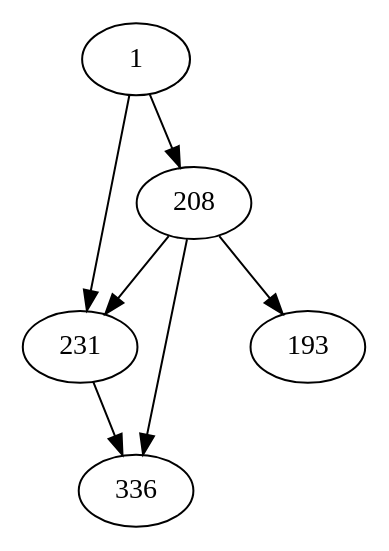
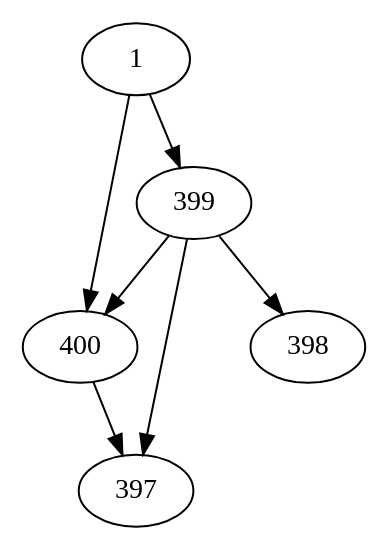
One commit to lifelike/gamebookformat changed the diagram in expected/references.dot. Above: the diagram before and after it, drawn with Graphviz. The commit also changed 26 other files, not shown here.

```diff
--- a/expected/references.dot
+++ b/expected/references.dot
@@ -1,12 +1,12 @@
 digraph gamebook {
 
- 1->231
+ 1->399
 
-1->208
-208->231
+1->400
+399->397
 
-208->336
+399->400
 
-208->193
-231->336
+399->398
+400->397
 }
```
